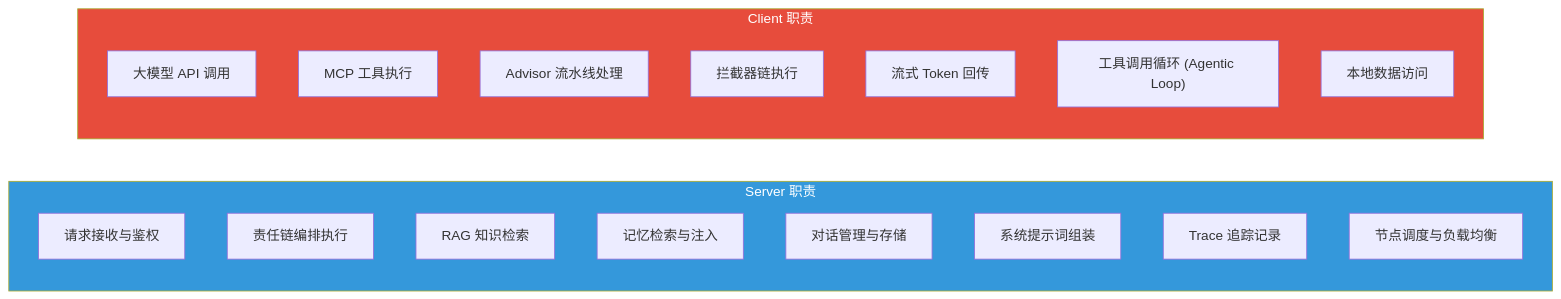
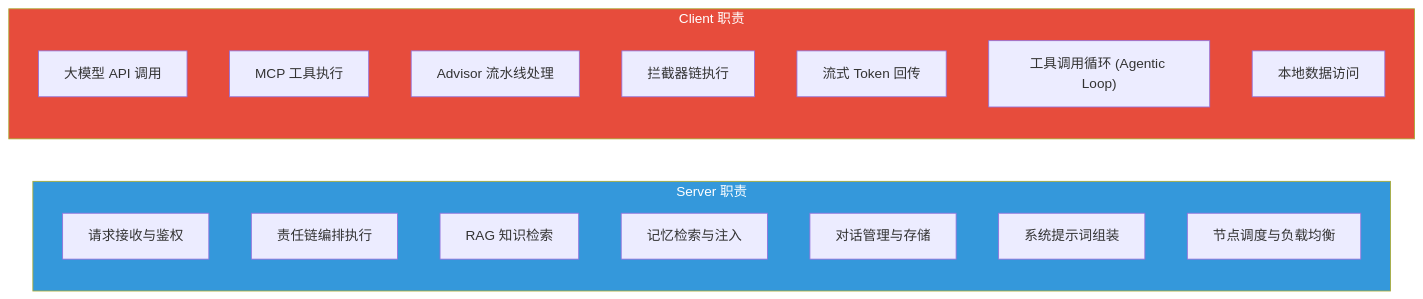
The second of 12 diagrams in docs/architecture/distributed.md (aizuda/snail-ai), drawn with Mermaid before and after one commit. The commit also changed 41 other files, not shown here.

````diff
--- a/docs/architecture/distributed.md
+++ b/docs/architecture/distributed.md
@@ -49,26 +49,25 @@
 ```mermaid
 graph LR
     subgraph Server职责["Server 职责"]
         S1["请求接收与鉴权"]
         S2["责任链编排执行"]
         S3["RAG 知识检索"]
         S4["记忆检索与注入"]
         S5["对话管理与存储"]
         S6["系统提示词组装"]
-        S7["Trace 追踪记录"]
-        S8["节点调度与负载均衡"]
+        S7["节点调度与负载均衡"]
     end
 
     subgraph Client职责["Client 职责"]
         C1["大模型 API 调用"]
         C2["MCP 工具执行"]
         C3["Advisor 流水线处理"]
         C4["拦截器链执行"]
         C5["流式 Token 回传"]
         C6["工具调用循环 (Agentic Loop)"]
         C7["本地数据访问"]
     end
 
     style Server职责 fill:#3498db,color:#fff
     style Client职责 fill:#e74c3c,color:#fff
 ```
````
